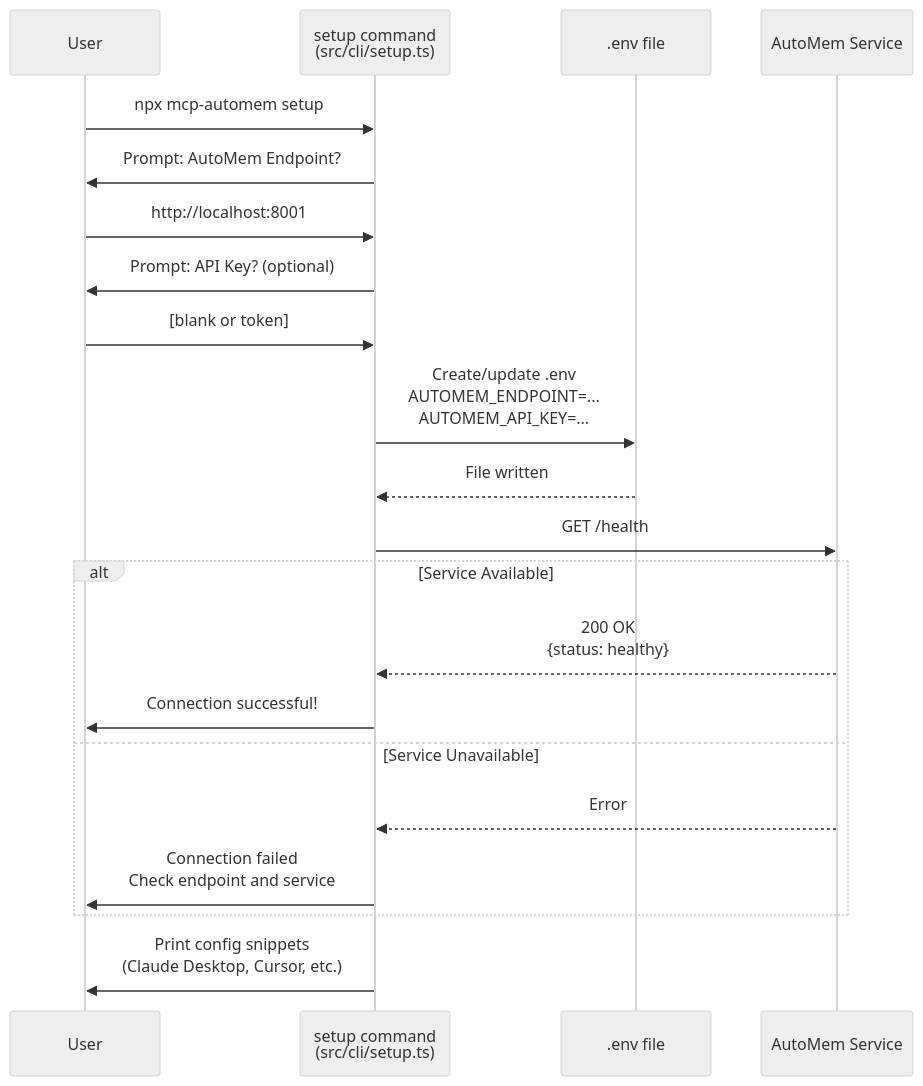
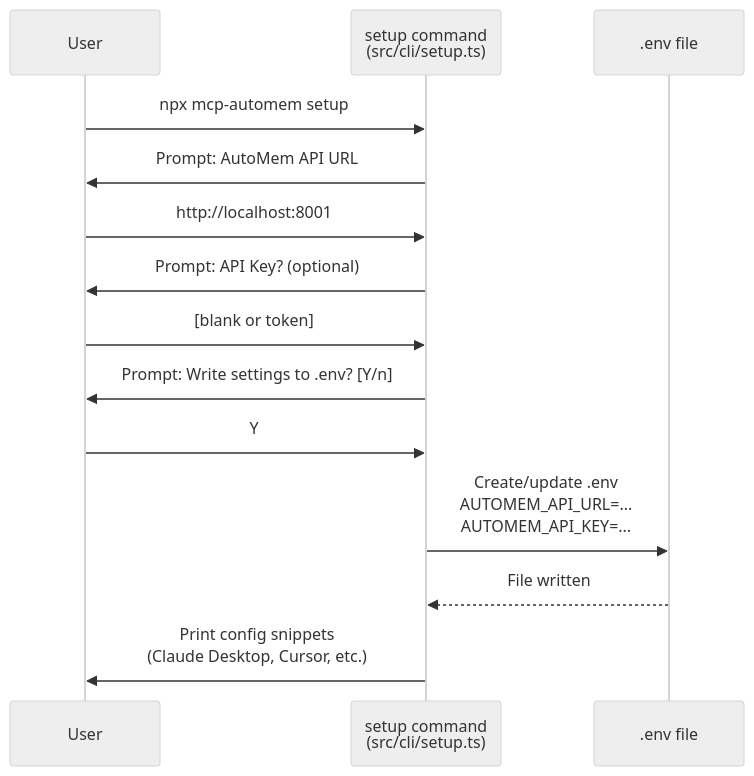
One commit to verygoodplugins/automem-website changed the fourth of 5 diagrams in src/content/docs/docs/getting-started/quick-start.md. Above: the diagram before and after it, drawn with Mermaid (neutral theme). The commit also changed other lines of this file, not shown here.

Commit message:
docs: fix drift in Quick Start page
- Setup wizard Mermaid: corrected prompt label (Endpoint → API URL),
  env var written (AUTOMEM_ENDPOINT → AUTOMEM_API_URL), removed
  fabricated GET /health connection-test step, added missing
  confirmation prompt
- Config variables table: AUTOMEM_ENDPOINT → AUTOMEM_API_URL
- Claude Desktop config examples: AUTOMEM_ENDPOINT → AUTOMEM_API_URL
- Auth section: query param example ?token= → ?api_key= (only
  api_key is checked in auth_helpers.py)
- Branch link for templates/CLAUDE_DESKTOP_INSTRUCTIONS.md
  converted to SHA permalink (mcp-automem@b81c63a)

````diff
--- a/src/content/docs/docs/getting-started/quick-start.md
+++ b/src/content/docs/docs/getting-started/quick-start.md
@@ -318,27 +318,19 @@
 ```mermaid
 sequenceDiagram
     participant User
     participant CLI as setup command<br/>(src/cli/setup.ts)
     participant ENV as .env file
-    participant API as AutoMem Service
 
     User->>CLI: npx mcp-automem setup
-    CLI->>User: Prompt: AutoMem Endpoint?
+    CLI->>User: Prompt: AutoMem API URL
     User->>CLI: http://localhost:8001
     CLI->>User: Prompt: API Key? (optional)
     User->>CLI: [blank or token]
 
-    CLI->>ENV: Create/update .env<br/>AUTOMEM_ENDPOINT=...<br/>AUTOMEM_API_KEY=...
+    CLI->>User: Prompt: Write settings to .env? [Y/n]
+    User->>CLI: Y
+    CLI->>ENV: Create/update .env<br/>AUTOMEM_API_URL=...<br/>AUTOMEM_API_KEY=...
     ENV-->>CLI: File written
-
-    CLI->>API: GET /health
-    alt Service Available
-        API-->>CLI: 200 OK<br/>{status: healthy}
-        CLI->>User: Connection successful!
-    else Service Unavailable
-        API-->>CLI: Error
-        CLI->>User: Connection failed<br/>Check endpoint and service
-    end
 
     CLI->>User: Print config snippets<br/>(Claude Desktop, Cursor, etc.)
 ```
````
